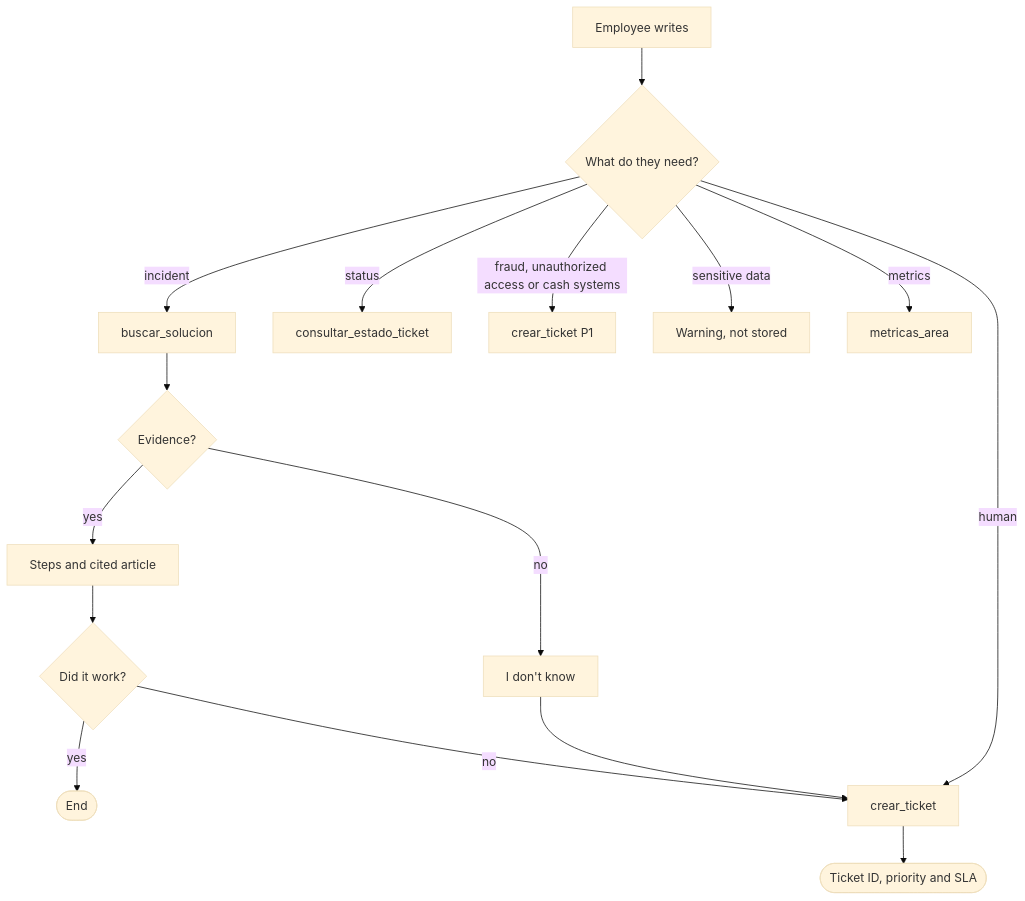
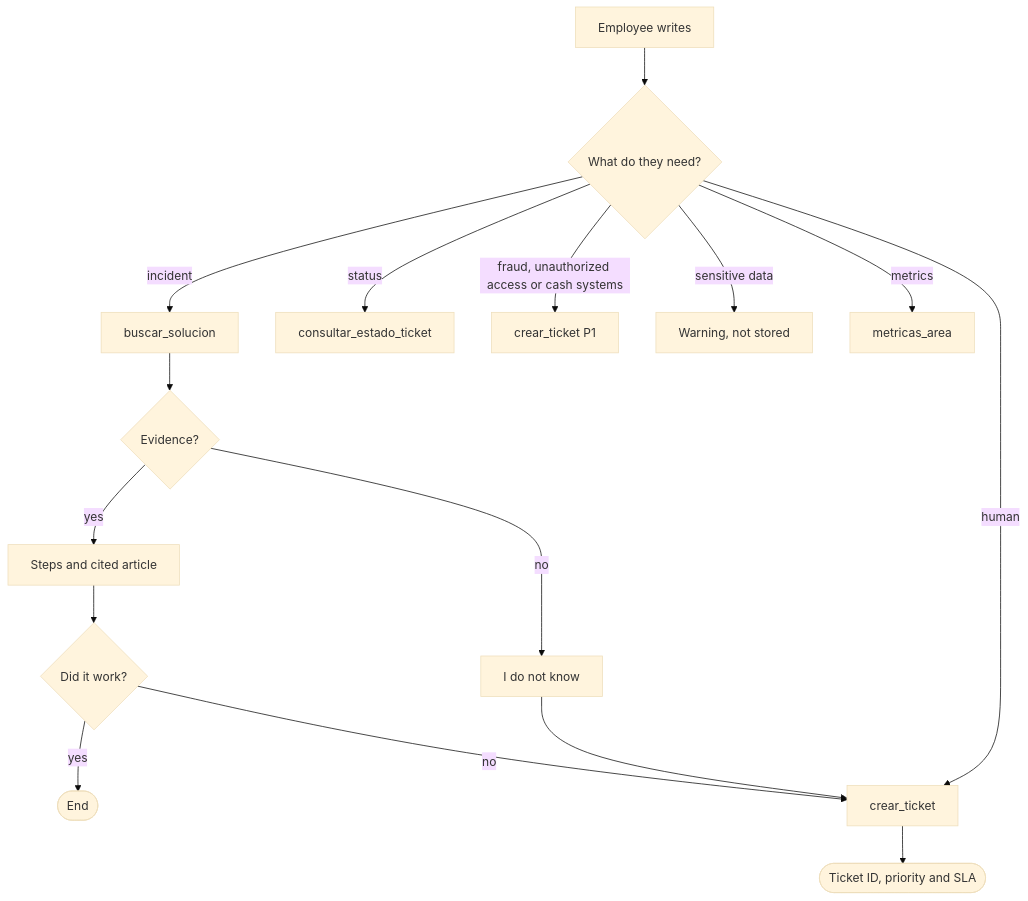
The second of 2 diagrams in README.md (LuisFernandoAparicio21/deskpilot-ai), drawn with Mermaid (base theme) before and after one commit. The commit also changed other lines of this file and 6 other files, not shown here.

Commit message:
docs: fix roadmap PL-9 state, mermaid labels and align test figures

````diff
--- a/README.md
+++ b/README.md
@@ -208,17 +208,17 @@
 ```mermaid
 flowchart TD
     A[Employee writes] --> C{What do they need?}
     C -- incident --> D[buscar_solucion]
     D --> E{Evidence?}
     E -- yes --> F[Steps and cited article]
     F --> G{Did it work?}
     G -- yes --> H([End])
     G -- no --> K[crear_ticket]
-    E -- no --> J[I don't know] --> K
+    E -- no --> J[I do not know] --> K
     K --> L([Ticket ID, priority and SLA])
     C -- status --> N[consultar_estado_ticket]
     C -- human --> K
     C -- fraud, unauthorized access or cash systems --> S[crear_ticket P1]
     C -- sensitive data --> Q[Warning, not stored]
     C -- metrics --> T[metricas_area]
 ```
````
